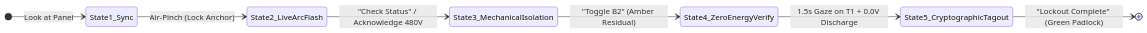
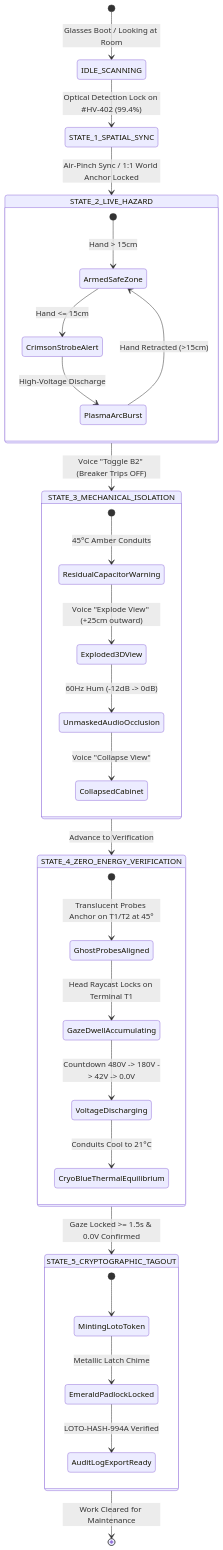
Before and after one commit to fokrulanthro16-eng/volttwin-ar: the third of 3 diagrams in README.md, drawn with Mermaid. The commit also changed other lines of this file and 5 other files, not shown here.

Commit message:
feat: release enterprise VoltTwin AR v2.0 with architecture diagrams, MIT license, and 12/12 LEAF suite

````diff
--- a/README.md
+++ b/README.md
@@ -26,10 +135,41 @@
 ```mermaid
 stateDiagram-v2
-    direction LR
-    [*] --> State1_Sync: Look at Panel
-    State1_Sync --> State2_LiveArcFlash: Air-Pinch (Lock Anchor)
-    State2_LiveArcFlash --> State3_MechanicalIsolation: "Check Status" / Acknowledge 480V
-    State3_MechanicalIsolation --> State4_ZeroEnergyVerify: "Toggle B2" (Amber Residual)
-    State4_ZeroEnergyVerify --> State5_CryptographicTagout: 1.5s Gaze on T1 + 0.0V Discharge
-    State5_CryptographicTagout --> [*]: "Lockout Complete" (Green Padlock)
+    [*] --> IDLE_SCANNING: Glasses Boot / Looking at Room
+    IDLE_SCANNING --> STATE_1_SPATIAL_SYNC: Optical Detection Lock on #HV-402 (99.4%)
+    STATE_1_SPATIAL_SYNC --> STATE_2_LIVE_HAZARD: Air-Pinch Sync / 1:1 World Anchor Locked
+    
+    state STATE_2_LIVE_HAZARD {
+        [*] --> ArmedSafeZone: Hand > 15cm
+        ArmedSafeZone --> CrimsonStrobeAlert: Hand <= 15cm
+        CrimsonStrobeAlert --> PlasmaArcBurst: High-Voltage Discharge
+        PlasmaArcBurst --> ArmedSafeZone: Hand Retracted (>15cm)
+    }
+
+    STATE_2_LIVE_HAZARD --> STATE_3_MECHANICAL_ISOLATION: Voice "Toggle B2" (Breaker Trips OFF)
+
+    state STATE_3_MECHANICAL_ISOLATION {
+        [*] --> ResidualCapacitorWarning: 45°C Amber Conduits
+        ResidualCapacitorWarning --> Exploded3DView: Voice "Explode View" (+25cm outward)
+        Exploded3DView --> UnmaskedAudioOcclusion: 60Hz Hum (-12dB -> 0dB)
+        UnmaskedAudioOcclusion --> CollapsedCabinet: Voice "Collapse View"
+    }
+
+    STATE_3_MECHANICAL_ISOLATION --> STATE_4_ZERO_ENERGY_VERIFICATION: Advance to Verification
+
+    state STATE_4_ZERO_ENERGY_VERIFICATION {
+        [*] --> GhostProbesAligned: Translucent Probes Anchor on T1/T2 at 45°
+        GhostProbesAligned --> GazeDwellAccumulating: Head Raycast Locks on Terminal T1
+        GazeDwellAccumulating --> VoltageDischarging: Countdown 480V -> 180V -> 42V -> 0.0V
+        VoltageDischarging --> CryoBlueThermalEquilibrium: Conduits Cool to 21°C
+    }
+
+    STATE_4_ZERO_ENERGY_VERIFICATION --> STATE_5_CRYPTOGRAPHIC_TAGOUT: Gaze Locked >= 1.5s & 0.0V Confirmed
+
+    state STATE_5_CRYPTOGRAPHIC_TAGOUT {
+        [*] --> MintingLotoToken
+        MintingLotoToken --> EmeraldPadlockLocked: Metallic Latch Chime
+        EmeraldPadlockLocked --> AuditLogExportReady: LOTO-HASH-994A Verified
+    }
+
+    STATE_5_CRYPTOGRAPHIC_TAGOUT --> [*]: Work Cleared for Maintenance
 ```
````
